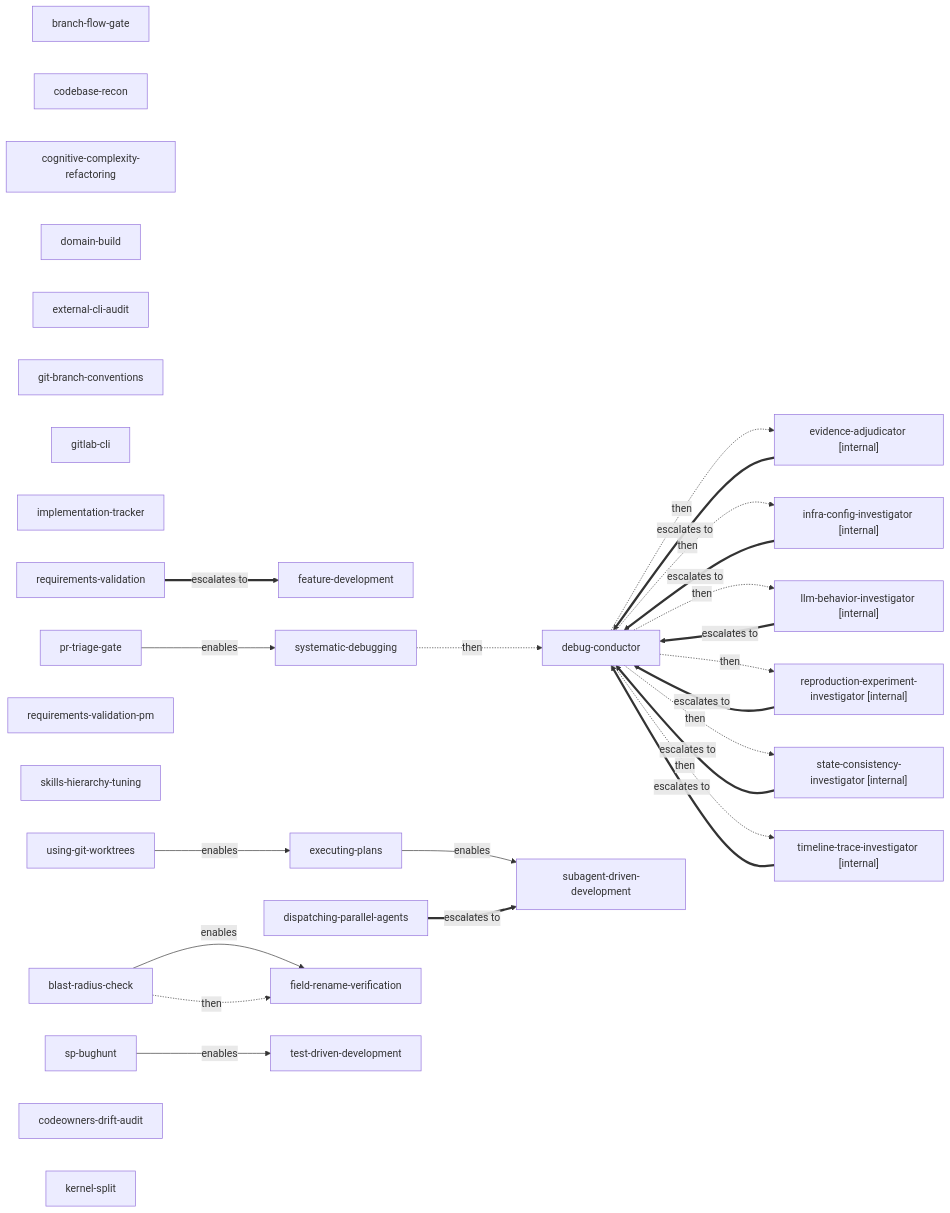
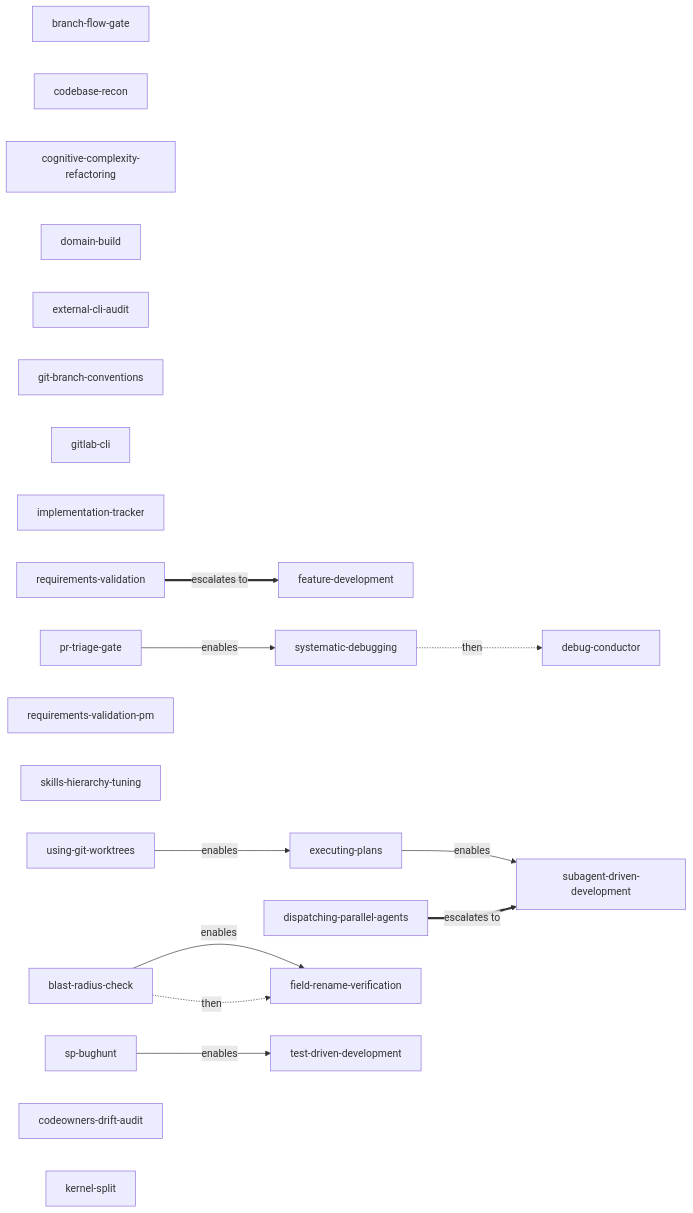
The sixth of 27 diagrams in docs/skill-dependency-graph.md (bordenet/superpowers-plus), drawn with Mermaid before and after one commit. The commit also changed other lines of this file and 32 other files, not shown here.

````diff
--- a/docs/skill-dependency-graph.md
+++ b/docs/skill-dependency-graph.md
@@ -104,55 +104,37 @@
 ```mermaid
 flowchart LR
   branch_flow_gate["branch-flow-gate"]
   codebase_recon["codebase-recon"]
   cognitive_complexity_refactoring["cognitive-complexity-refactoring"]
   domain_build["domain-build"]
   external_cli_audit["external-cli-audit"]
   feature_development["feature-development"]
   git_branch_conventions["git-branch-conventions"]
   gitlab_cli["gitlab-cli"]
   implementation_tracker["implementation-tracker"]
   pr_triage_gate["pr-triage-gate"]
   requirements_validation["requirements-validation"]
   requirements_validation_pm["requirements-validation-pm"]
   skills_hierarchy_tuning["skills-hierarchy-tuning"]
   using_git_worktrees["using-git-worktrees"]
   blast_radius_check["blast-radius-check"]
   debug_conductor["debug-conductor"]
   sp_bughunt["sp-bughunt"]
   executing_plans["executing-plans"]
   systematic_debugging["systematic-debugging"]
   dispatching_parallel_agents["dispatching-parallel-agents"]
   field_rename_verification["field-rename-verification"]
   test_driven_development["test-driven-development"]
   codeowners_drift_audit["codeowners-drift-audit"]
   subagent_driven_development["subagent-driven-development"]
-  evidence_adjudicator["evidence-adjudicator [internal]"]
-  infra_config_investigator["infra-config-investigator [internal]"]
-  llm_behavior_investigator["llm-behavior-investigator [internal]"]
-  reproduction_experiment_investigator["reproduction-experiment-investigator [internal]"]
-  state_consistency_investigator["state-consistency-investigator [internal]"]
-  timeline_trace_investigator["timeline-trace-investigator [internal]"]
   kernel_split["kernel-split"]
   pr_triage_gate -->|enables| systematic_debugging
   requirements_validation ==>|escalates to| feature_development
   using_git_worktrees -->|enables| executing_plans
   blast_radius_check -->|enables| field_rename_verification
   systematic_debugging -.->|then| debug_conductor
   sp_bughunt -->|enables| test_driven_development
   executing_plans -->|enables| subagent_driven_development
   dispatching_parallel_agents ==>|escalates to| subagent_driven_development
   blast_radius_check -.->|then| field_rename_verification
-  debug_conductor -.->|then| evidence_adjudicator
-  evidence_adjudicator ==>|escalates to| debug_conductor
-  debug_conductor -.->|then| infra_config_investigator
-  infra_config_investigator ==>|escalates to| debug_conductor
-  debug_conductor -.->|then| llm_behavior_investigator
-  llm_behavior_investigator ==>|escalates to| debug_conductor
-  debug_conductor -.->|then| reproduction_experiment_investigator
-  reproduction_experiment_investigator ==>|escalates to| debug_conductor
-  debug_conductor -.->|then| state_consistency_investigator
-  state_consistency_investigator ==>|escalates to| debug_conductor
-  debug_conductor -.->|then| timeline_trace_investigator
-  timeline_trace_investigator ==>|escalates to| debug_conductor
 ```
````
